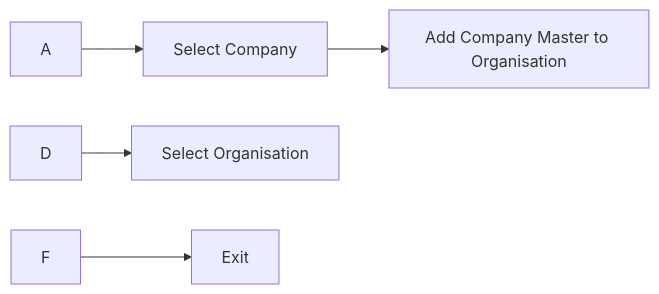
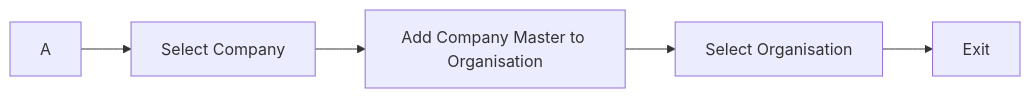
The diagram in maximo/docs/purchasing/add-company-to-org.md (codersyacht/maximo-knowledge-center), drawn with Mermaid before and after one commit.

Commit message:
add-company-to-org

````diff
--- a/maximo/docs/purchasing/add-company-to-org.md
+++ b/maximo/docs/purchasing/add-company-to-org.md
@@ -22,7 +22,7 @@
 ```mermaid
 graph LR
 A --> B[Select Company]
 B --> C[Add Company Master to Organisation]
-D --> E[Select Organisation]
-F --> G[Exit]
+C --> D[Select Organisation]
+D --> E[Exit]
 ```
````
